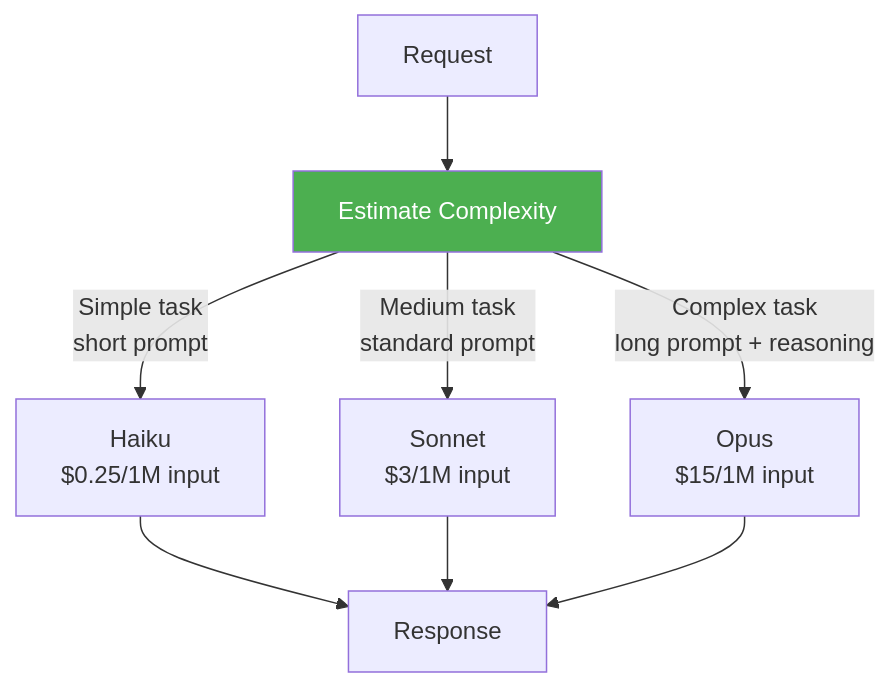
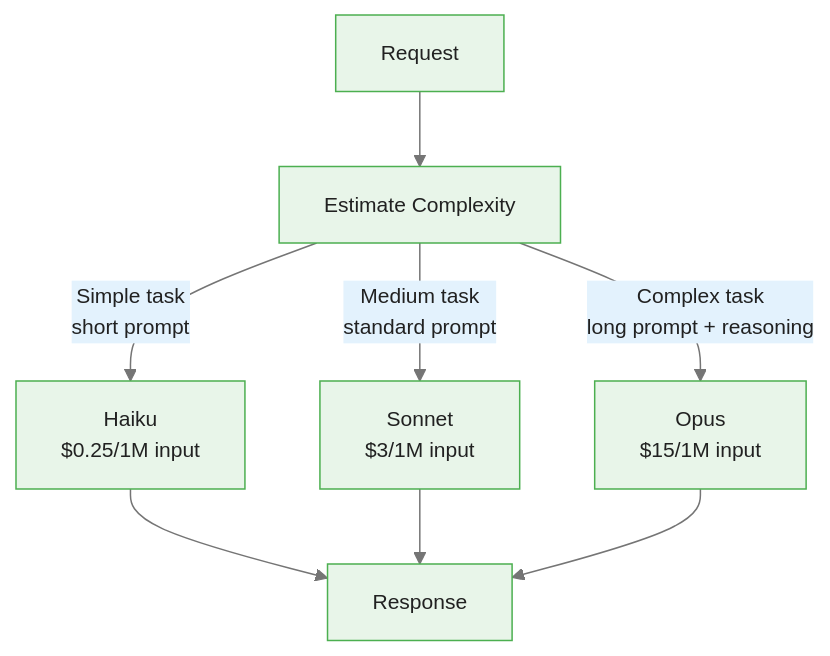
The fourth of 5 diagrams in courses/dataiku-genai/modules/module_03_custom/guides/02_custom_models_slides.md (m-deane/course-creator), drawn with Mermaid before and after one commit. The commit also changed other lines of this file and 54 other files, not shown here.

````diff
--- a/courses/dataiku-genai/modules/module_03_custom/guides/02_custom_models_slides.md
+++ b/courses/dataiku-genai/modules/module_03_custom/guides/02_custom_models_slides.md
@@ -260,13 +262,12 @@
 ```mermaid
+%%{init: {"theme": "base", "themeVariables": {"primaryColor": "#e8f5e9", "primaryBorderColor": "#4caf50", "primaryTextColor": "#212121", "secondaryColor": "#e3f2fd", "tertiaryColor": "#fff8e1", "lineColor": "#757575", "fontFamily": "Inter, sans-serif", "fontSize": "14px"}}}%%
 flowchart TD
     REQ[Request] --> EST[Estimate Complexity]
     EST --> |Simple task<br/>short prompt| LOW[Haiku<br/>$0.25/1M input]
     EST --> |Medium task<br/>standard prompt| MED[Sonnet<br/>$3/1M input]
     EST --> |Complex task<br/>long prompt + reasoning| HIGH[Opus<br/>$15/1M input]
 
     LOW --> RES[Response]
     MED --> RES
     HIGH --> RES
-
-    style EST fill:#4CAF50,color:#fff
 ```
````
